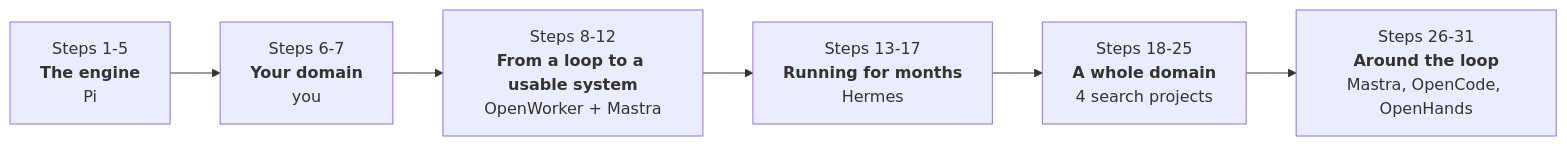
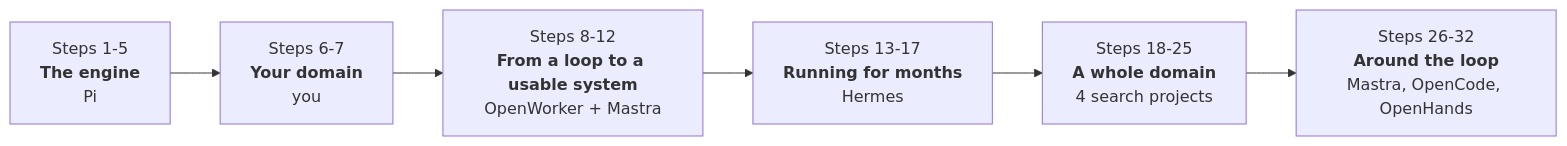
Before and after one commit to whereissam/learn-agent-engineering-from-production: the second of 2 diagrams in README.md, drawn with Mermaid. The commit also changed other lines of this file and 18 other files, not shown here.

````diff
--- a/README.md
+++ b/README.md
@@ -70,8 +70,8 @@
 ```mermaid
 flowchart LR
     P1["Steps 1-5<br/><b>The engine</b><br/>Pi"] --> P2["Steps 6-7<br/><b>Your domain</b><br/>you"]
     P2 --> P3["Steps 8-12<br/><b>From a loop to a usable system</b><br/>OpenWorker + Mastra"]
     P3 --> P4["Steps 13-17<br/><b>Running for months</b><br/>Hermes"]
     P4 --> P5["Steps 18-25<br/><b>A whole domain</b><br/>4 search projects"]
-    P5 --> P6["Steps 26-31<br/><b>Around the loop</b><br/>Mastra, OpenCode, OpenHands"]
+    P5 --> P6["Steps 26-32<br/><b>Around the loop</b><br/>Mastra, OpenCode, OpenHands"]
 ```
````
